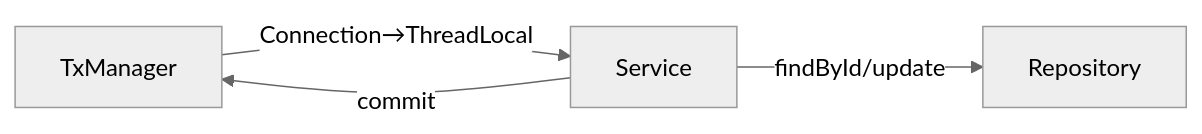
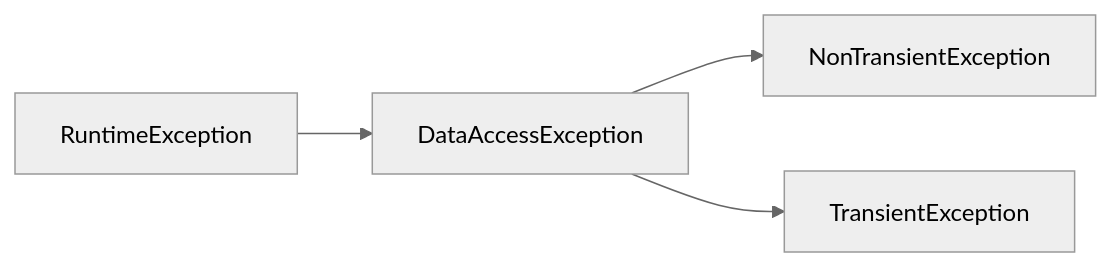
Before and after one commit to yjkim2015/yjkim2015.github.io: the fourth of 8 diagrams in _posts/spring/2026-05-02-spring-db-1.md, drawn with Mermaid (neutral theme). The commit also changed other lines of this file and 4 other files, not shown here.

````diff
--- a/_posts/spring/2026-05-02-spring-db-1.md
+++ b/_posts/spring/2026-05-02-spring-db-1.md
@@ -307,6 +548,6 @@
 ```mermaid
 graph LR
-    TXM["TxManager"] -->|"Connection→ThreadLocal"| SVC["Service"]
-    SVC -->|"findById/update"| REPO["Repository"]
-    SVC -->|"commit"| TXM
+    RE["RuntimeException"] --> DAE["DataAccessException"]
+    DAE --> NTE["NonTransientException"]
+    DAE --> TE["TransientException"]
 ```
````
